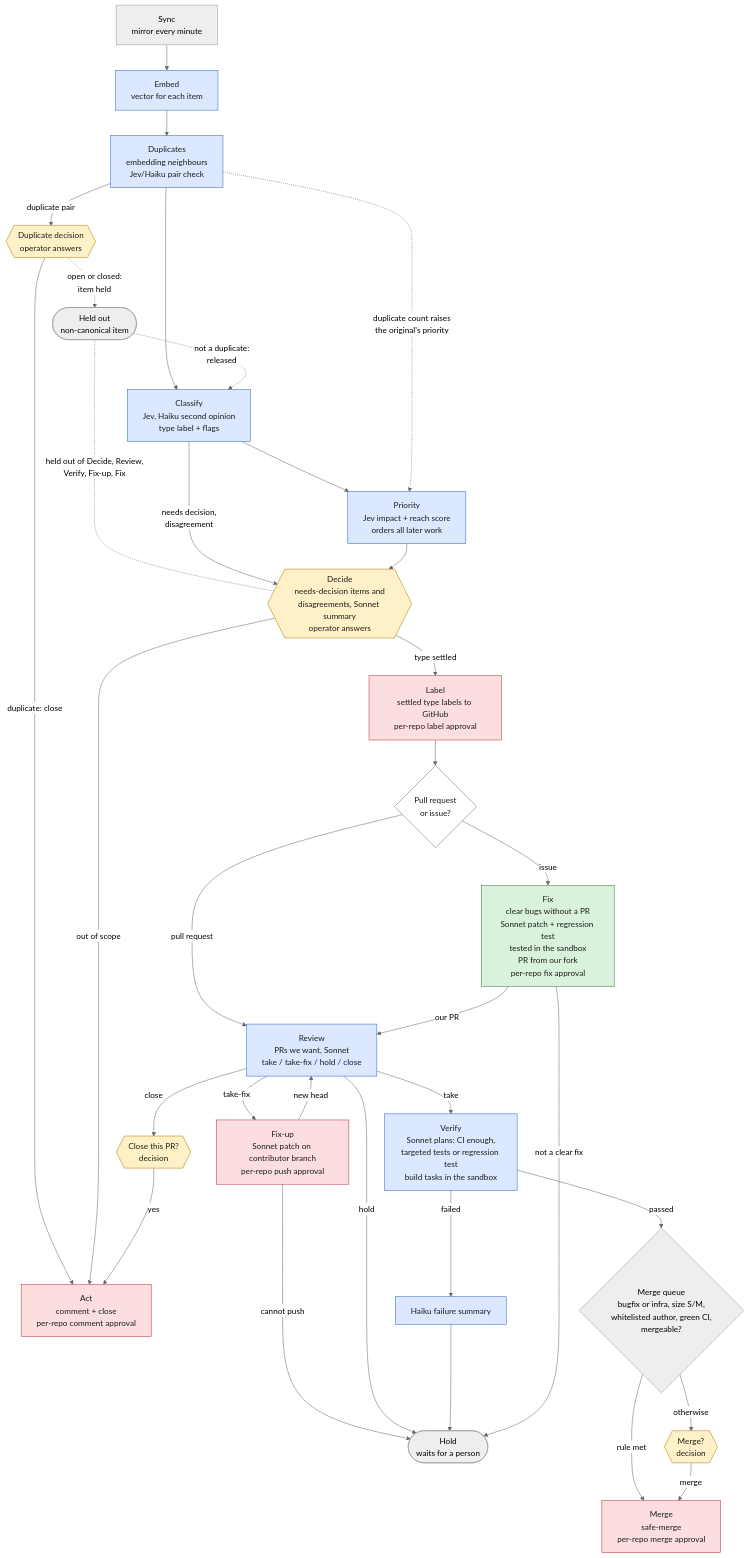
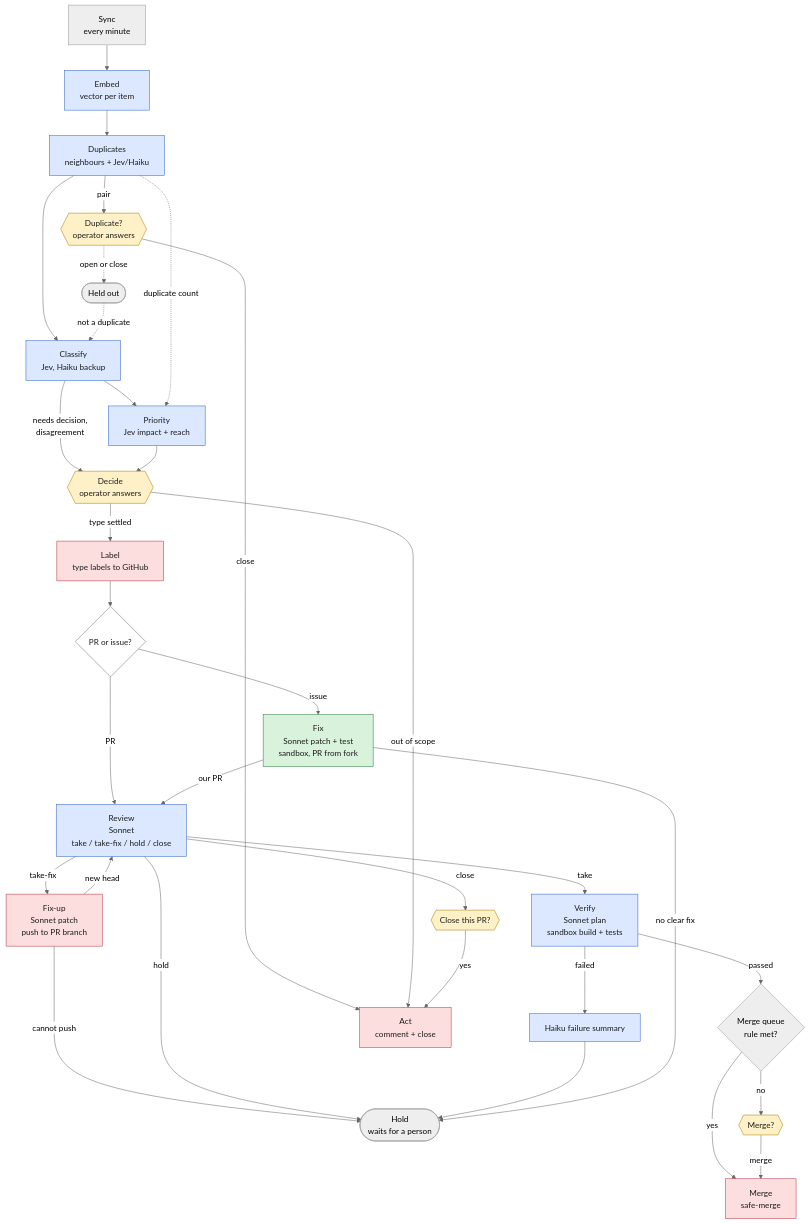
The diagram in docs/pipeline.md (IUCLabs/autocraft), drawn with Mermaid (neutral theme) before and after one commit. The commit also changed other lines of this file and 4 other files, not shown here.

````diff
--- a/docs/pipeline.md
+++ b/docs/pipeline.md
@@ -9,64 +9,63 @@
 ```mermaid
 flowchart TD
-  sync["Sync<br/>mirror every minute"]
-  embed["Embed<br/>vector for each item"]
-  classify["Classify<br/>Jev, Haiku second opinion<br/>type label + flags"]
-  priority["Priority<br/>Jev impact + reach score<br/>orders all later work"]
-  dups["Duplicates<br/>embedding neighbours<br/>Jev/Haiku pair check"]
-  dupdec{{"Duplicate decision<br/>operator answers"}}
-  dupheld(["Held out<br/>non-canonical item"])
-  decide{{"Decide<br/>needs-decision items and<br/>disagreements, Sonnet summary<br/>operator answers"}}
-  label["Label<br/>settled type labels to GitHub<br/>per-repo label approval"]
-  review["Review<br/>PRs we want, Sonnet<br/>take / take-fix / hold / close"]
-  fixup["Fix-up<br/>Sonnet patch on contributor branch<br/>per-repo push approval"]
-  closeq{{"Close this PR?<br/>decision"}}
-  act["Act<br/>comment + close<br/>per-repo comment approval"]
-  verify["Verify<br/>Sonnet plans: CI enough,<br/>targeted tests or regression test<br/>build tasks in the sandbox"]
+  sync["Sync<br/>every minute"]
+  embed["Embed<br/>vector per item"]
+  dups["Duplicates<br/>neighbours + Jev/Haiku"]
+  dupdec{{"Duplicate?<br/>operator answers"}}
+  dupheld(["Held out"])
+  classify["Classify<br/>Jev, Haiku backup"]
+  priority["Priority<br/>Jev impact + reach"]
+  decide{{"Decide<br/>operator answers"}}
+  label["Label<br/>type labels to GitHub"]
+  kind{"PR or issue?"}
+  review["Review<br/>Sonnet<br/>take / take-fix / hold / close"]
+  fixiss["Fix<br/>Sonnet patch + test<br/>sandbox, PR from fork"]
+  fixup["Fix-up<br/>Sonnet patch<br/>push to PR branch"]
+  closeq{{"Close this PR?"}}
+  verify["Verify<br/>Sonnet plan<br/>sandbox build + tests"]
   vfail["Haiku failure summary"]
   hold(["Hold<br/>waits for a person"])
-  queue{"Merge queue<br/>bugfix or infra, size S/M,<br/>whitelisted author, green CI,<br/>mergeable?"}
-  mergeq{{"Merge?<br/>decision"}}
-  merge["Merge<br/>safe-merge<br/>per-repo merge approval"]
-  kind{"Pull request<br/>or issue?"}
-  fixiss["Fix<br/>clear bugs without a PR<br/>Sonnet patch + regression test<br/>tested in the sandbox<br/>PR from our fork<br/>per-repo fix approval"]
+  queue{"Merge queue<br/>rule met?"}
+  mergeq{{"Merge?"}}
+  merge["Merge<br/>safe-merge"]
+  act["Act<br/>comment + close"]
 
   sync --> embed --> dups --> classify --> priority
-  dups -- "duplicate pair" --> dupdec
-  dupdec -- "duplicate: close" --> act
-  dupdec -. "open or closed:<br/>item held" .-> dupheld
-  dupheld -. "not a duplicate:<br/>released" .-> classify
-  dupheld -. "held out of Decide, Review,<br/>Verify, Fix-up, Fix" .- decide
-  dups -. "duplicate count raises<br/>the original's priority" .-> priority
+  dups -- "pair" --> dupdec
+  dupdec -- "close" --> act
+  dupdec -. "open or close" .-> dupheld
+  dupheld -. "not a duplicate" .-> classify
+  dups -. "duplicate count" .-> priority
   classify -- "needs decision,<br/>disagreement" --> decide
   priority --> decide
   decide -- "type settled" --> label
   decide -- "out of scope" --> act
   label --> kind
-  kind -- "pull request" --> review
+  kind -- "PR" --> review
   kind -- "issue" --> fixiss
   review -- "take-fix" --> fixup
   fixup -- "new head" --> review
   fixup -- "cannot push" --> hold
   review -- "hold" --> hold
   review -- "close" --> closeq
   closeq -- "yes" --> act
   review -- "take" --> verify
   verify -- "passed" --> queue
   verify -- "failed" --> vfail --> hold
-  queue -- "rule met" --> merge
-  queue -- "otherwise" --> mergeq
+  queue -- "yes" --> merge
+  queue -- "no" --> mergeq
   mergeq -- "merge" --> merge
   fixiss -- "our PR" --> review
-  fixiss -- "not a clear fix" --> hold
+  fixiss -- "no clear fix" --> hold
 
   class decide,closeq,mergeq,dupdec person
   class embed,classify,priority,dups,review,verify,vfail model
   class fixup,label,act,merge write
   class fixiss sandbox
   class kind route
   classDef person fill:#fff1c7,stroke:#a87a00,color:#1c1c1c
   classDef model fill:#dbe8ff,stroke:#2f62c9,color:#1c1c1c
   classDef sandbox fill:#d9f2dc,stroke:#2a7d3a,color:#1c1c1c
   classDef write fill:#fddede,stroke:#b8323f,color:#1c1c1c
   classDef route fill:#ffffff,stroke:#6b6b6b,color:#1c1c1c
 ```
````
